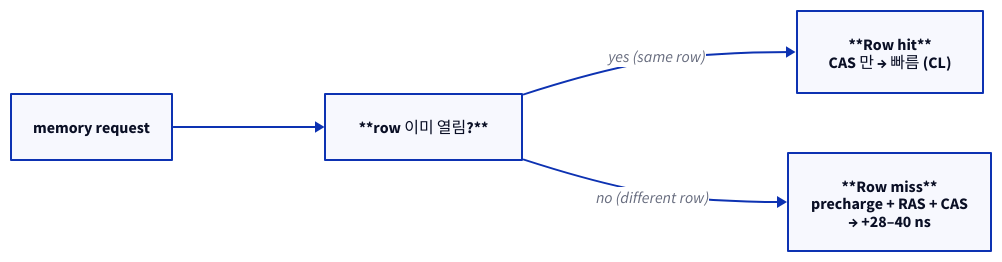
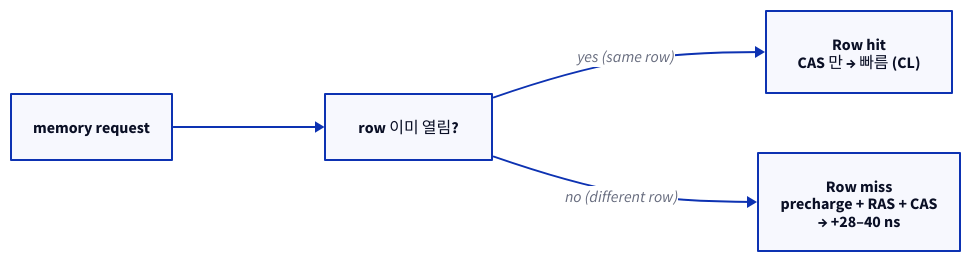
The diagram in starlight_site/src/content/docs/computer_architecture/12_vm_and_dram.md (humbleowl39/DV_SKOOL), drawn with D2 before and after one commit. The commit also changed 714 other files, not shown here.

First line of the commit message:
fix(site): d2 다이어그램 가독성 결함 6종 일괄 수정

````diff
--- a/starlight_site/src/content/docs/computer_architecture/12_vm_and_dram.md
+++ b/starlight_site/src/content/docs/computer_architecture/12_vm_and_dram.md
@@ -47,12 +47,12 @@
 ```d2
 direction: right
 
 REQ: "memory request"
-OPEN: "**row 이미 열림?**"
-HIT: "**Row hit**\nCAS 만 → 빠름 (CL)"
-MISS: "**Row miss**\nprecharge + RAS + CAS\n→ +28–40 ns"
+OPEN: "row 이미 열림?"
+HIT: "Row hit\nCAS 만 → 빠름 (CL)"
+MISS: "Row miss\nprecharge + RAS + CAS\n→ +28–40 ns"
 
 REQ -> OPEN
 OPEN -> HIT: "yes (same row)"
 OPEN -> MISS: "no (different row)"
 ```
````
